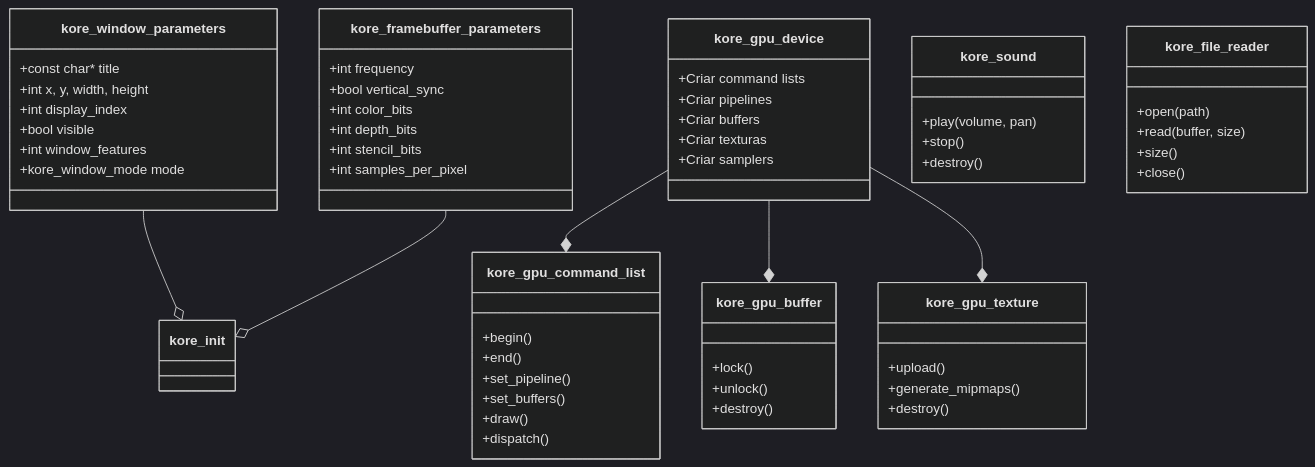
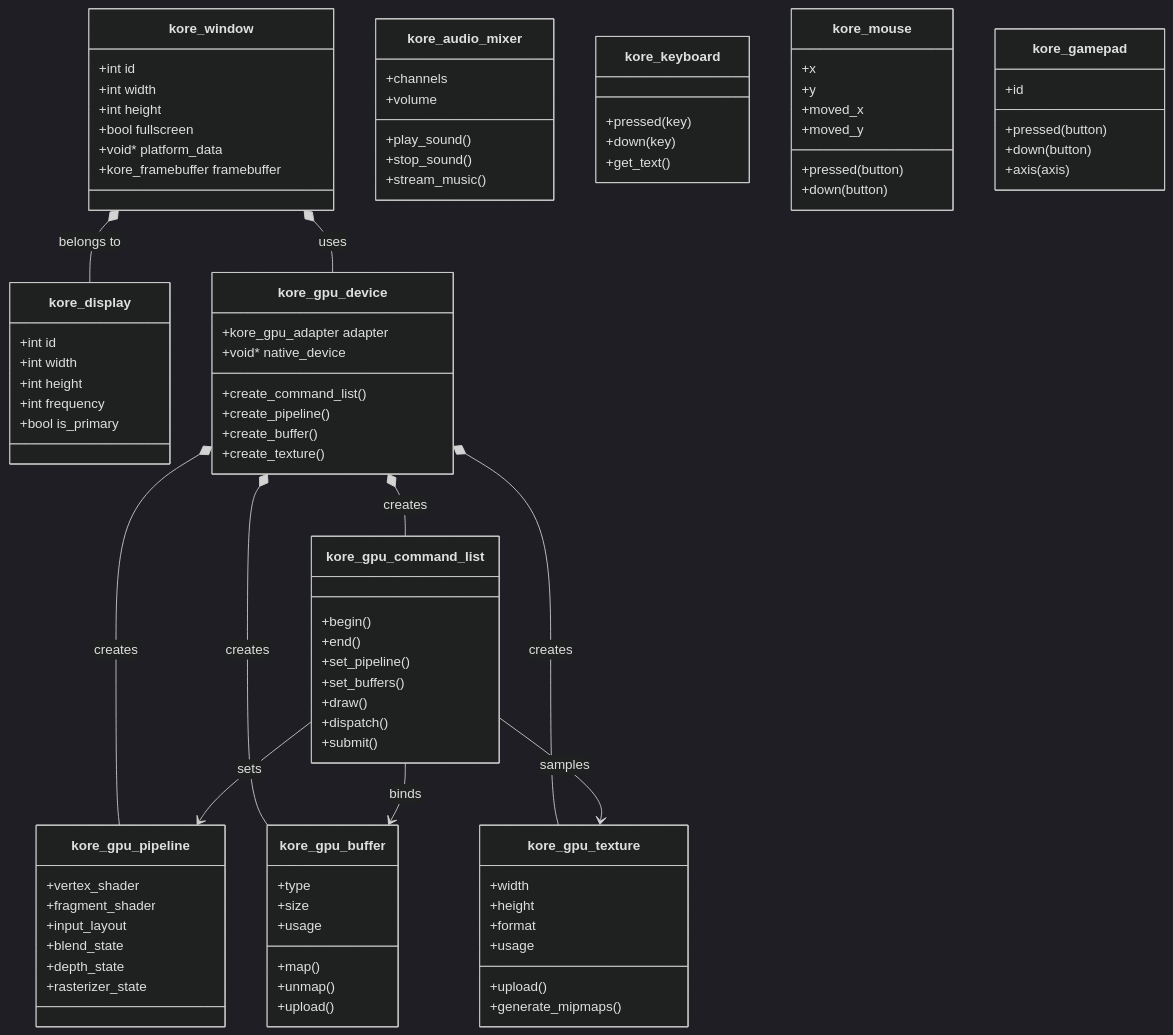
Before and after one commit to PHandradee/Kore: the fifth of 12 diagrams in DIAGRAMS.md, drawn with Mermaid (dark theme). The commit also changed other lines of this file and 4 other files, not shown here.

````diff
--- a/DIAGRAMS.md
+++ b/DIAGRAMS.md
@@ -234,29 +270,29 @@
 ```mermaid
 classDiagram
-    class kore_window_parameters {
-        +const char* title
-        +int x, y, width, height
-        +int display_index
-        +bool visible
-        +int window_features
-        +kore_window_mode mode
+    class kore_window {
+        +int id
+        +int width
+        +int height
+        +bool fullscreen
+        +void* platform_data
+        +kore_framebuffer framebuffer
     }
     
-    class kore_framebuffer_parameters {
+    class kore_display {
+        +int id
+        +int width
+        +int height
         +int frequency
-        +bool vertical_sync
-        +int color_bits
-        +int depth_bits
-        +int stencil_bits
-        +int samples_per_pixel
+        +bool is_primary
     }
     
     class kore_gpu_device {
-        +Criar command lists
-        +Criar pipelines
-        +Criar buffers
-        +Criar texturas
-        +Criar samplers
+        +kore_gpu_adapter adapter
+        +void* native_device
+        +create_command_list()
+        +create_pipeline()
+        +create_buffer()
+        +create_texture()
     }
     
     class kore_gpu_command_list {
@@ -266,36 +302,73 @@
         +set_buffers()
         +draw()
         +dispatch()
+        +submit()
+    }
+    
+    class kore_gpu_pipeline {
+        +vertex_shader
+        +fragment_shader
+        +input_layout
+        +blend_state
+        +depth_state
+        +rasterizer_state
     }
     
     class kore_gpu_buffer {
-        +lock()
-        +unlock()
-        +destroy()
+        +type
+        +size
+        +usage
+        +map()
+        +unmap()
+        +upload()
     }
     
     class kore_gpu_texture {
+        +width
+        +height
+        +format
+        +usage
         +upload()
         +generate_mipmaps()
-        +destroy()
     }
     
-    class kore_sound {
-        +play(volume, pan)
-        +stop()
-        +destroy()
+    class kore_audio_mixer {
+        +channels
+        +volume
+        +play_sound()
+        +stop_sound()
+        +stream_music()
     }
     
-    class kore_file_reader {
-        +open(path)
-        +read(buffer, size)
-        +size()
-        +close()
+    class kore_keyboard {
+        +pressed(key)
+        +down(key)
+        +get_text()
     }
     
-    kore_window_parameters --o kore_init
-    kore_framebuffer_parameters --o kore_init
-    kore_gpu_device --* kore_gpu_command_list
-    kore_gpu_device --* kore_gpu_buffer
-    kore_gpu_device --* kore_gpu_texture
+    class kore_mouse {
+        +x
+        +y
+        +moved_x
+        +moved_y
+        +pressed(button)
+        +down(button)
+    }
+    
+    class kore_gamepad {
+        +id
+        +pressed(button)
+        +down(button)
+        +axis(axis)
+    }
+    
+    kore_window *-- kore_display : belongs to
+    kore_window *-- kore_gpu_device : uses
+    kore_gpu_device *-- kore_gpu_command_list : creates
+    kore_gpu_device *-- kore_gpu_pipeline : creates
+    kore_gpu_device *-- kore_gpu_buffer : creates
+    kore_gpu_device *-- kore_gpu_texture : creates
+    kore_gpu_command_list --> kore_gpu_pipeline : sets
+    kore_gpu_command_list --> kore_gpu_buffer : binds
+    kore_gpu_command_list --> kore_gpu_texture : samples
 ```
````
